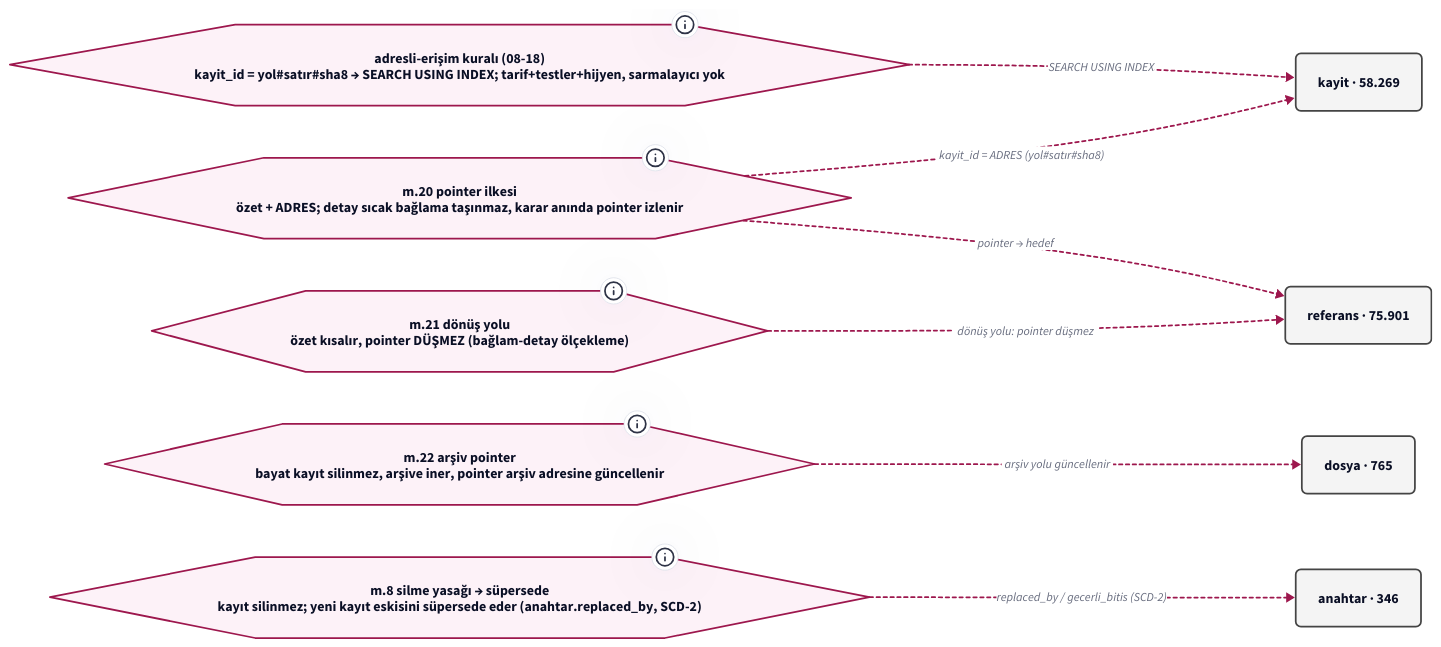
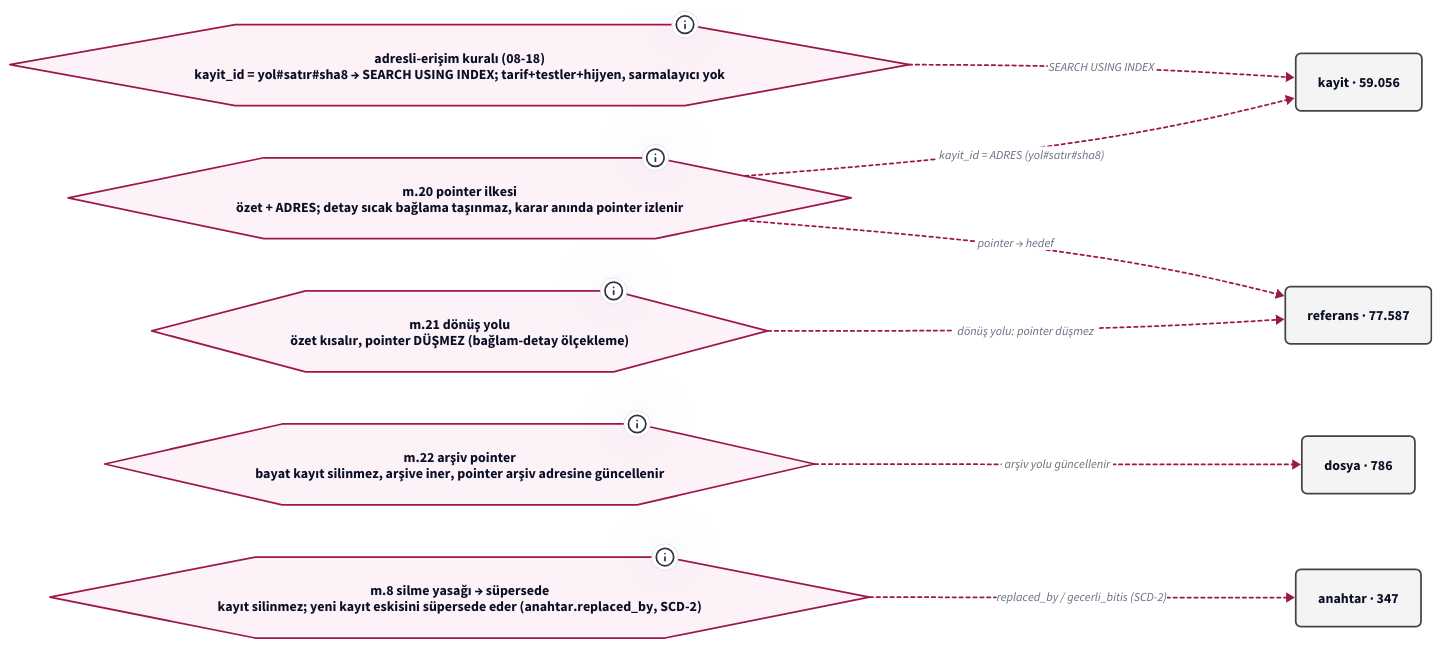
The diagram in graf/pointer-sistemi-v0-ilke.d2 (salihsahinin/sistem), drawn with D2 before and after one commit. The commit also changed 50 other files, not shown here.

First line of the commit message:
[icra] Derivative outputs after Decision 83 execution runs (graph, bronze, silver, gold, measurement logs)

```diff
--- a/graf/pointer-sistemi-v0-ilke.d2
+++ b/graf/pointer-sistemi-v0-ilke.d2
@@ -1,33 +1,33 @@
 # Jarvis POINTER SİSTEMİ — POINTER İLKESİ → MEKANİZMA (pano 3/4) (türetilmiş görünüm; ham kaynak silver/bronz)
-# üretici: tools/pointer-graf.py · silver d8f86bd · HEAD d8f86bd · d2 v0.8.1-HEAD · render: d2 --layout=elk (ELK bundled; TALA girmez; determinizm yerel sha256 ile ölçülür — Karar 65)
+# üretici: tools/pointer-graf.py · silver ba7628c · HEAD ba7628c · d2 v0.8.1-HEAD · render: d2 --layout=elk (ELK bundled; TALA girmez; determinizm yerel sha256 ile ölçülür — Karar 65)
 # içerik katmanı: düğüm/kenar = silver'dan script türetimi (LLM yazmaz); ilke/kronoloji = kanon SABİTİ (pointer'lı, script içinde); yorum katmanı = bu # satırları
 direction: right
 classes: {
   kutu: { style: { fill: "#F4F4F4"; stroke: "#444444"; font-size: 16; border-radius: 6 } }
   pointer: { style: { fill: "#E8F0FE"; stroke: "#1A56DB"; border-radius: 6 } }
   anahtar: { style: { fill: "#FFF4E5"; stroke: "#B45309"; border-radius: 6 } }
   hat: { style: { fill: "#ECFDF5"; stroke: "#047857"; bold: true; border-radius: 6 } }
   ilke: { shape: hexagon; style: { fill: "#FDF2F8"; stroke: "#9D174D" } }
   kron: { shape: page; style: { fill: "#FFFFFF"; stroke: "#6B7280" } }
   dis: { shape: cloud; style: { fill: "#FAFAFA"; stroke: "#9CA3AF" } }
   kirik: { style: { stroke: "#DC2626"; stroke-dash: 3; font-size: 14 } }
   supersede: { style: { stroke: "#B45309"; stroke-dash: 5 } }
   fk: { style: { stroke: "#444444"; font-size: 14 } }
   turetir: { style: { stroke: "#047857"; stroke-width: 3 } }
   uygular: { style: { stroke: "#9D174D"; stroke-dash: 2; font-size: 14 } }
 }
 adres: "adresli-erişim kuralı (08-18)\nkayit_id = yol#satır#sha8 → SEARCH USING INDEX; tarif+testler+hijyen, sarmalayıcı yok" { class: ilke; tooltip: "KILAVUZ.md tasarım-ilkeleri · kuyruk/senaryo-defteri.md Karar 62" }
 m20: "m.20 pointer ilkesi\nözet + ADRES; detay sıcak bağlama taşınmaz, karar anında pointer izlenir" { class: ilke; tooltip: "core/tuzuk-v0.md m.20 · wiki/pointer-sistemi.md" }
 m21: "m.21 dönüş yolu\nözet kısalır, pointer DÜŞMEZ (bağlam-detay ölçekleme)" { class: ilke; tooltip: "core/tuzuk-v0.md m.21" }
 m22: "m.22 arşiv pointer\nbayat kayıt silinmez, arşive iner, pointer arşiv adresine güncellenir" { class: ilke; tooltip: "core/tuzuk-v0.md m.22" }
 m8: "m.8 silme yasağı → süpersede\nkayıt silinmez; yeni kayıt eskisini süpersede eder (anahtar.replaced_by, SCD-2)" { class: ilke; tooltip: "core/tuzuk-v0.md m.8 · core/baglam-anahtar-kaydi.md §3" }
-kayit: "kayit · 58.269" { class: kutu }
-referans: "referans · 75.901" { class: kutu }
-dosya: "dosya · 765" { class: kutu }
-anahtar: "anahtar · 346" { class: kutu }
+kayit: "kayit · 59.056" { class: kutu }
+referans: "referans · 77.587" { class: kutu }
+dosya: "dosya · 786" { class: kutu }
+anahtar: "anahtar · 347" { class: kutu }
 adres -> kayit: "SEARCH USING INDEX" { class: uygular }
 m20 -> kayit: "kayit_id = ADRES (yol#satır#sha8)" { class: uygular }
 m20 -> referans: "pointer → hedef" { class: uygular }
 m21 -> referans: "dönüş yolu: pointer düşmez" { class: uygular }
 m22 -> dosya: "arşiv yolu güncellenir" { class: uygular }
 m8 -> anahtar: "replaced_by / gecerli_bitis (SCD-2)" { class: uygular }
```
